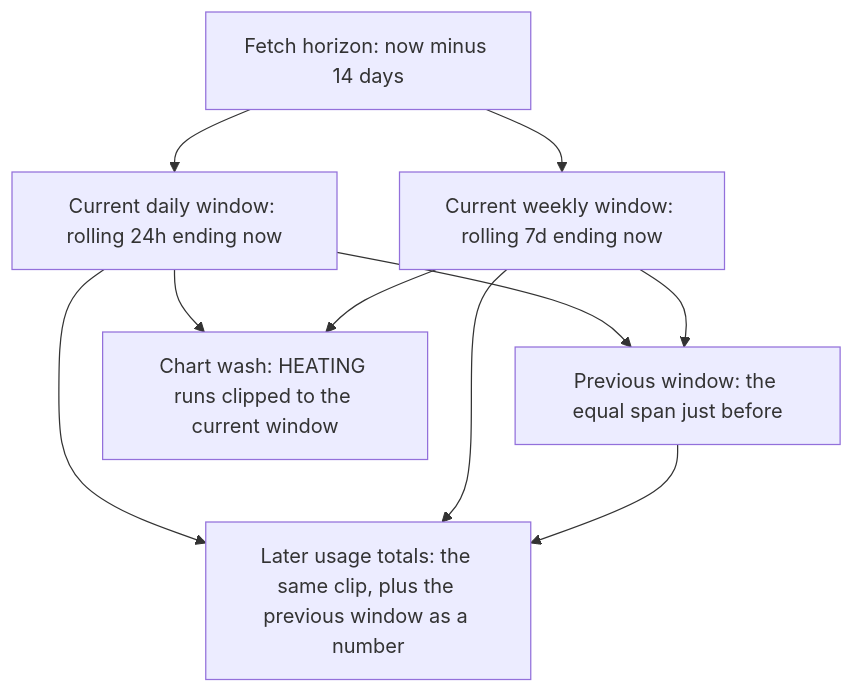
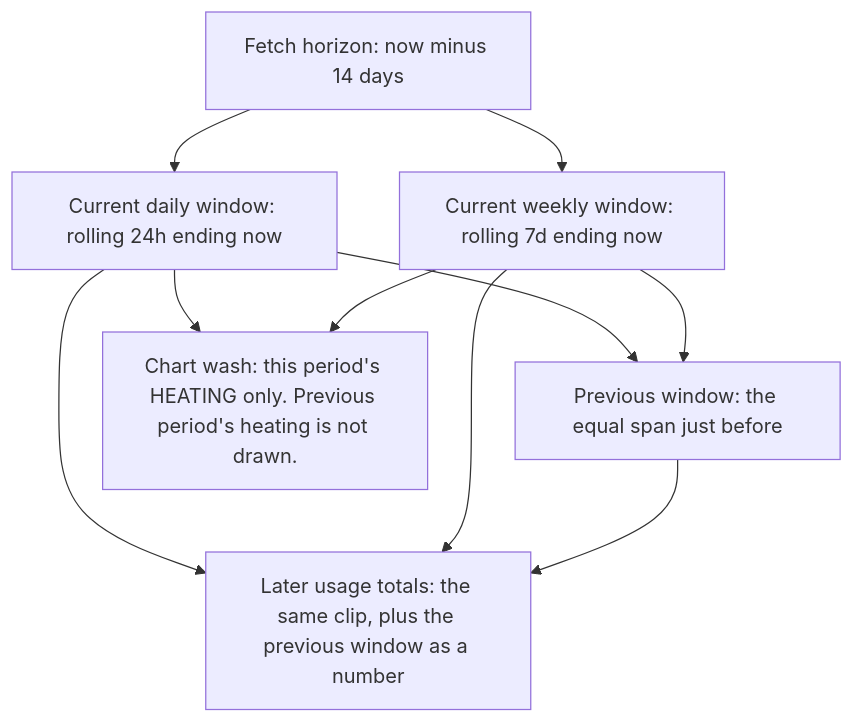
One commit to schleising/rust-backend changed the second of 4 diagrams in Design/heating-running-indication.md. Above: the diagram before and after it, drawn with Mermaid. The commit also changed other lines of this file and 1 other file, not shown here.

First line of the commit message:
Record the decided heating-chart treatment

````diff
--- a/Design/heating-running-indication.md
+++ b/Design/heating-running-indication.md
@@ -208,19 +210,19 @@
 ```mermaid
 flowchart TB
   fetch["Fetch horizon: now minus 14 days"]
   daily["Current daily window: rolling 24h ending now"]
   weekly["Current weekly window: rolling 7d ending now"]
   previous["Previous window: the equal span just before"]
-  stripes["Chart wash: HEATING runs clipped to the current window"]
+  stripes["Chart wash: this period's HEATING only. Previous period's heating is not drawn."]
   totals["Later usage totals: the same clip, plus the previous window as a number"]
 
   fetch --> daily
   fetch --> weekly
   daily --> previous
   weekly --> previous
   daily --> stripes
   weekly --> stripes
   daily --> totals
   weekly --> totals
   previous --> totals
 ```
````
